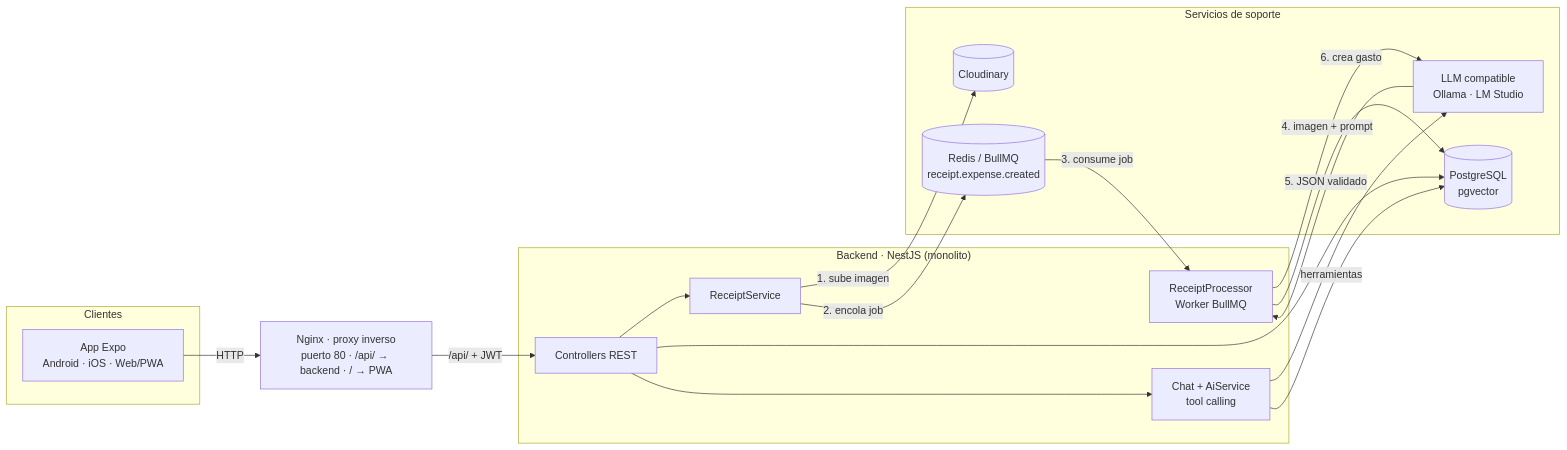
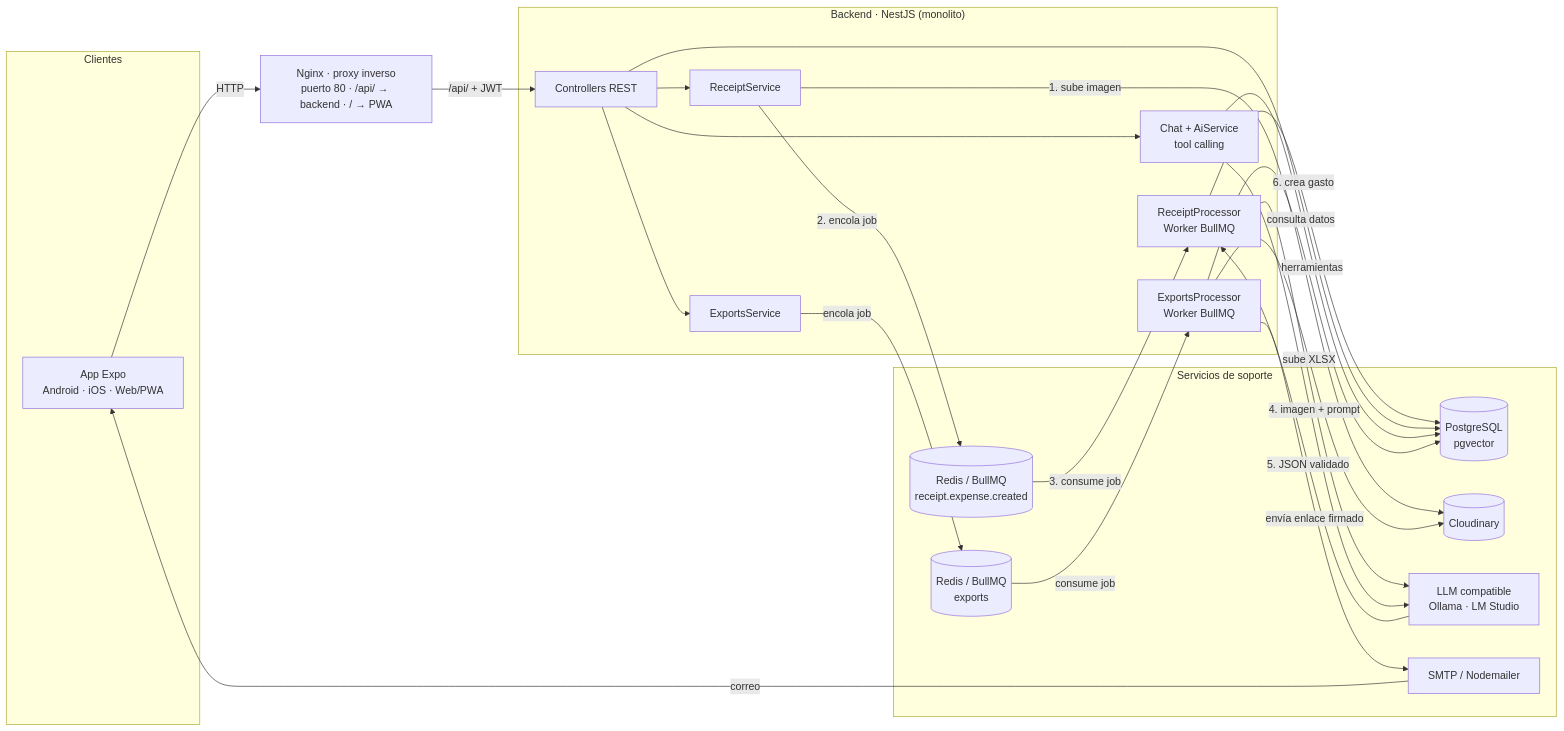
Before and after one commit to Capibaras50/FinanceFlow: the first of 2 diagrams in README.md, drawn with Mermaid. The commit also changed other lines of this file, not shown here.

Commit message:
docs: Add documentation about the exports module

````diff
--- a/README.md
+++ b/README.md
@@ -101,36 +106,47 @@
 ```mermaid
 flowchart LR
     subgraph Clientes
         A[App Expo<br/>Android · iOS · Web/PWA]
     end
 
     N[Nginx · proxy inverso<br/>puerto 80 · /api/ → backend · / → PWA]
 
     subgraph Backend["Backend · NestJS (monolito)"]
         B[Controllers REST]
         C[ReceiptService]
         D[ReceiptProcessor<br/>Worker BullMQ]
         E[Chat + AiService<br/>tool calling]
+        J[ExportsService]
+        K[ExportsProcessor<br/>Worker BullMQ]
     end
 
     subgraph Infra["Servicios de soporte"]
         F[(PostgreSQL<br/>pgvector)]
         G[(Cloudinary)]
         H[(Redis / BullMQ<br/>receipt.expense.created)]
+        H2[(Redis / BullMQ<br/>exports)]
         I[LLM compatible<br/>Ollama · LM Studio]
+        M[SMTP / Nodemailer]
     end
 
     A -->|HTTP| N
     N -->|/api/ + JWT| B
     B --> C
     C -->|1. sube imagen| G
     C -->|2. encola job| H
     H -->|3. consume job| D
     D -->|4. imagen + prompt| I
     I -->|5. JSON validado| D
     D -->|6. crea gasto| F
     B --> F
     B --> E
     E --> I
     E -->|herramientas| F
+    B --> J
+    J -->|encola job| H2
+    H2 -->|consume job| K
+    K -->|consulta datos| F
+    K -->|sube XLSX| G
+    K -->|envía enlace firmado| M
+    M -->|correo| A
 ```
````
